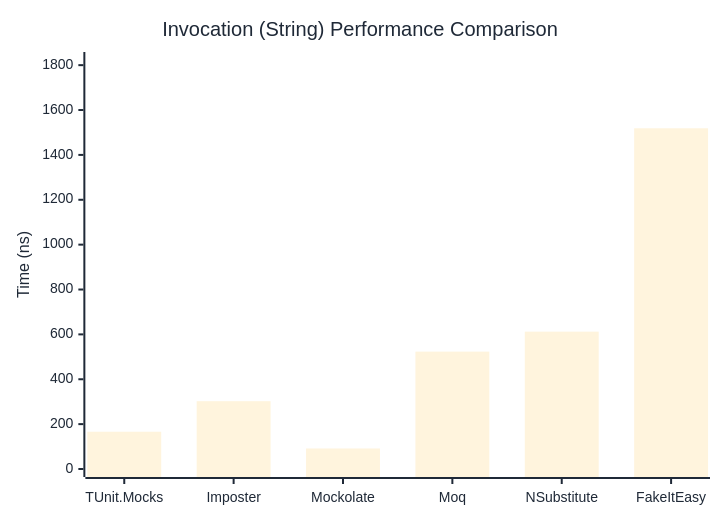
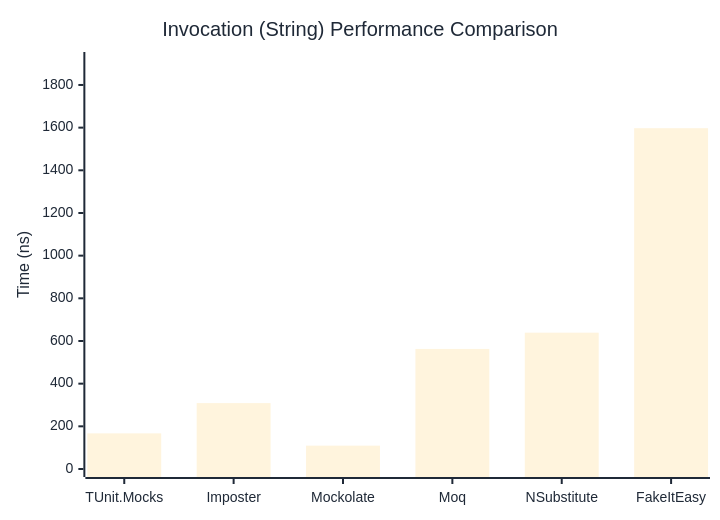
Before and after one commit to thomhurst/TUnit: the second of 3 diagrams in docs/docs/benchmarks/mocks/Invocation.md, drawn with Mermaid. The commit also changed other lines of this file and 14 other files, not shown here.

````diff
--- a/docs/docs/benchmarks/mocks/Invocation.md
+++ b/docs/docs/benchmarks/mocks/Invocation.md
@@ -71,27 +71,27 @@
 ```mermaid
 %%{init: {
   'theme':'base',
   'themeVariables': {
     'primaryColor': '#2563eb',
     'primaryTextColor': '#1f2937',
     'primaryBorderColor': '#1e40af',
     'lineColor': '#6b7280',
     'secondaryColor': '#7c3aed',
     'tertiaryColor': '#dc2626',
     'background': '#ffffff',
     'pie1': '#2563eb',
     'pie2': '#7c3aed',
     'pie3': '#dc2626',
     'pie4': '#f59e0b',
     'pie5': '#10b981',
     'pie6': '#06b6d4',
     'pie7': '#ec4899',
     'pie8': '#6366f1'
   }
 }}%%
 xychart-beta
   title "Invocation (String) Performance Comparison"
   x-axis ["TUnit.Mocks", "Imposter", "Mockolate", "Moq", "NSubstitute", "FakeItEasy"]
-  y-axis "Time (ns)" 0 --> 1823
-  bar [166.14, 302.18, 91.49, 523.17, 612.28, 1518.63]
+  y-axis "Time (ns)" 0 --> 1917
+  bar [167, 308.8, 109.5, 562.8, 639, 1597.4]
 ```
````
